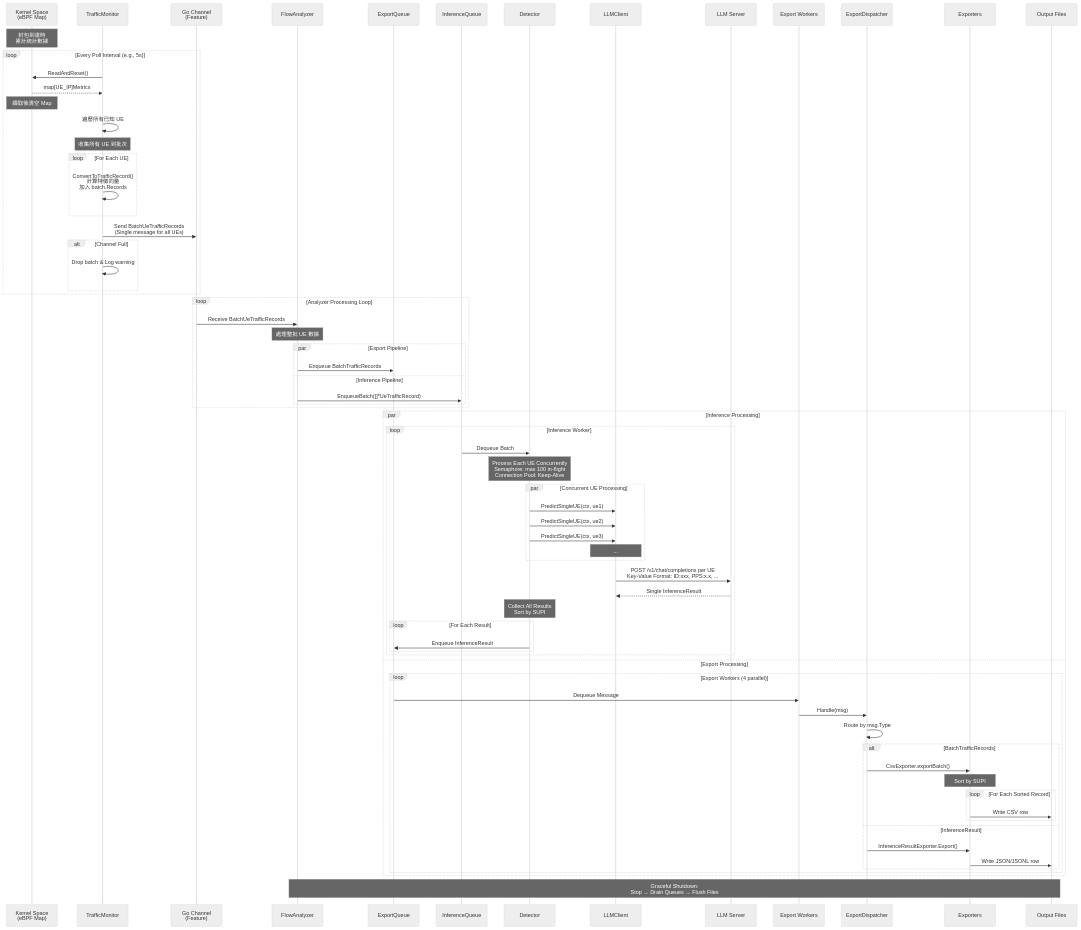
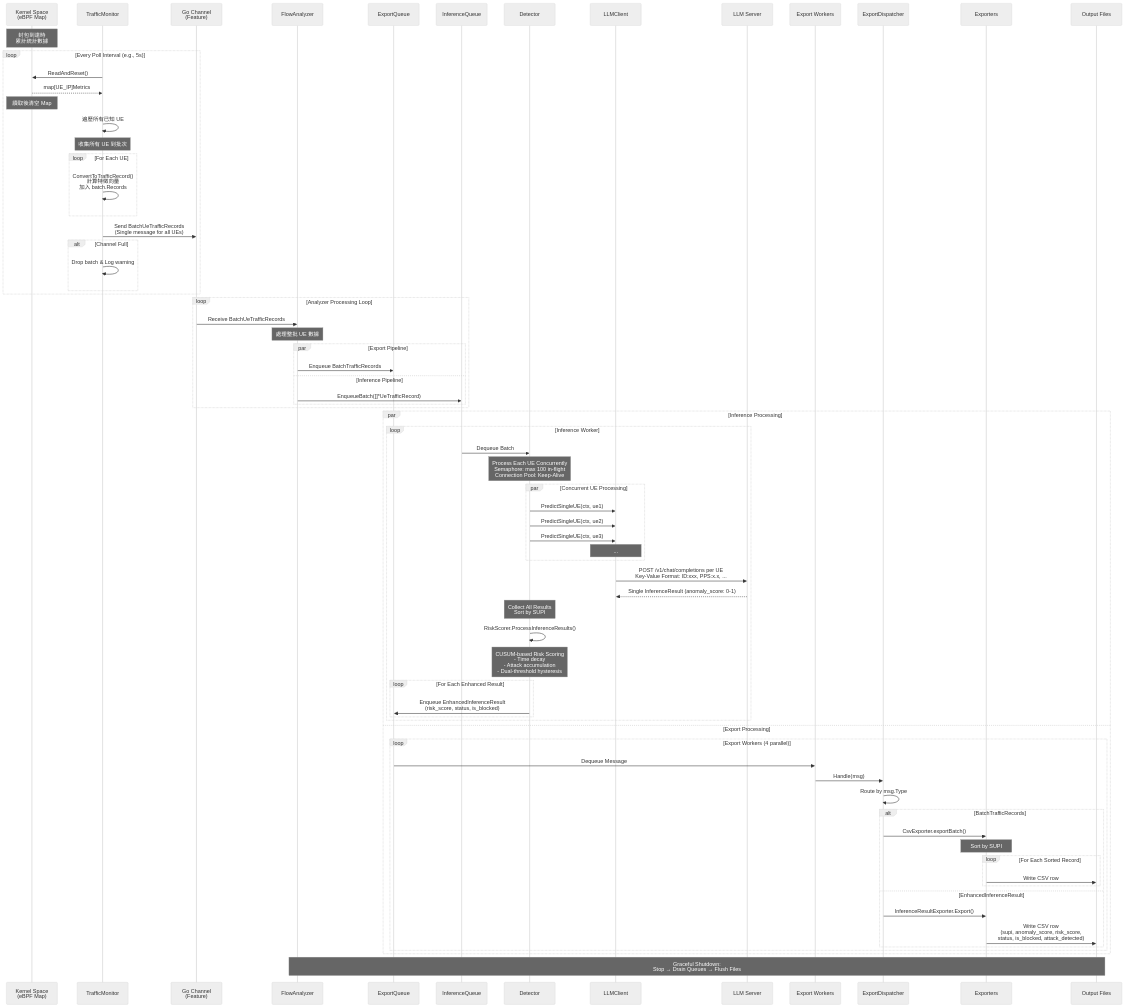
One commit to ian-cs12-NYCU/AnLF changed the second of 8 diagrams in docs/architecture.md. Above: the diagram before and after it, drawn with Mermaid. The commit also changed other lines of this file and 11 other files, not shown here.

```diff
--- a/docs/architecture.md
+++ b/docs/architecture.md
@@ -149,10 +153,12 @@
                 Note over LC: ...
             end
             LC->>LS: POST /v1/chat/completions per UE<br/>Key-Value Format: ID:xxx, PPS:x.x, ...
-            LS-->>LC: Single InferenceResult
+            LS-->>LC: Single InferenceResult (anomaly_score: 0-1)
             Note over D: Collect All Results<br/>Sort by SUPI
-            loop For Each Result
-                D->>EQ: Enqueue InferenceResult
+            D->>D: RiskScorer.ProcessInferenceResults()
+            Note over D: CUSUM-based Risk Scoring<br/>- Time decay<br/>- Attack accumulation<br/>- Dual-threshold hysteresis
+            loop For Each Enhanced Result
+                D->>EQ: Enqueue EnhancedInferenceResult<br/>(risk_score, status, is_blocked)
             end
         end
     and Export Processing
@@ -167,9 +173,9 @@
                 loop For Each Sorted Record
                     E->>F: Write CSV row
                 end
-            else InferenceResult
+            else EnhancedInferenceResult
                 ED->>E: InferenceResultExporter.Export()
-                E->>F: Write JSON/JSONL row
+                E->>F: Write CSV row<br/>(supi, anomaly_score, risk_score,<br/>status, is_blocked, attack_detected)
             end
         end
     end
```
